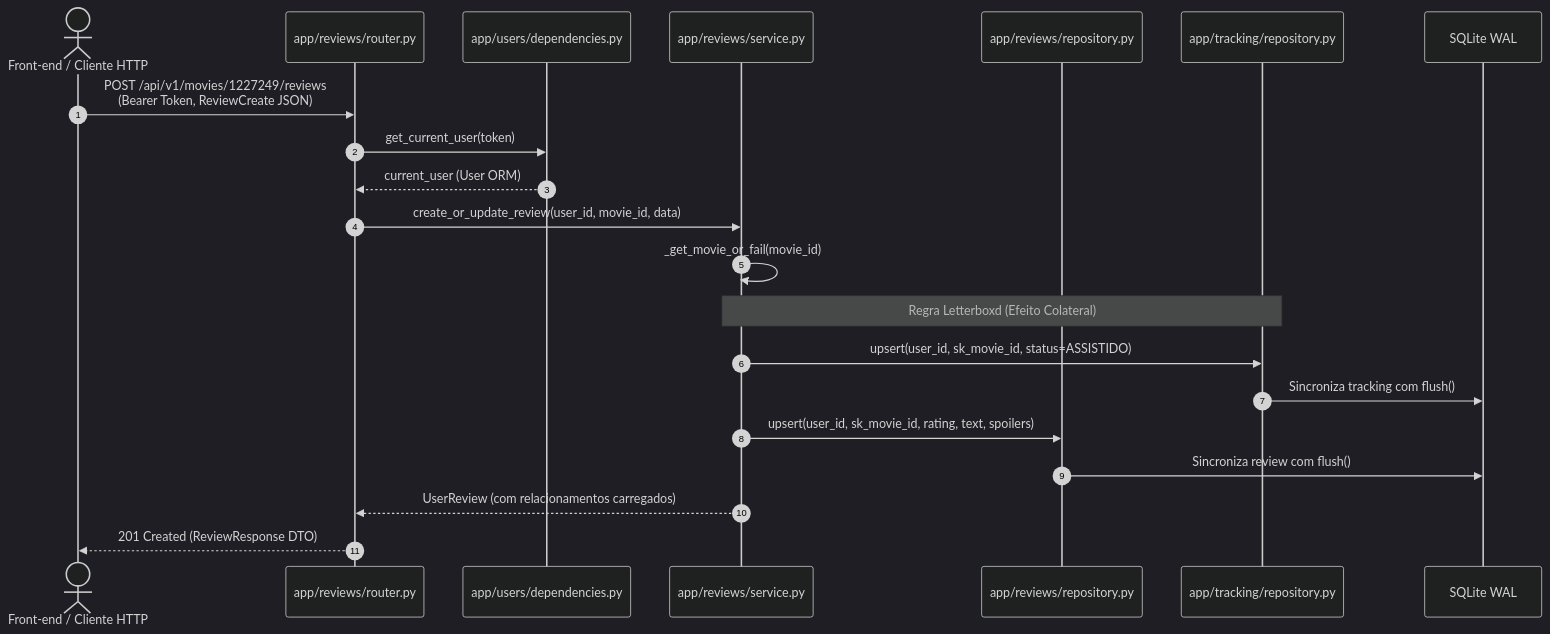
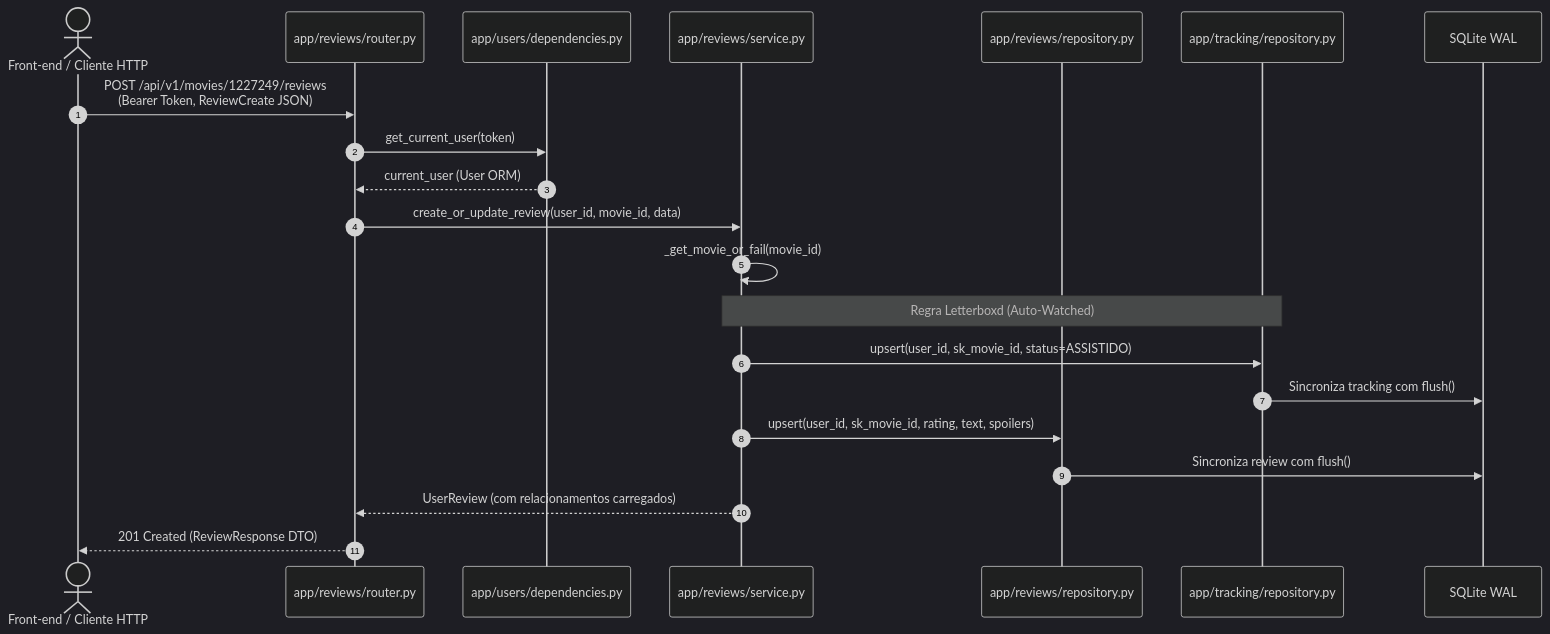
One commit to JpSeveroo/Cinestars changed the diagram in backend/README.md. Above: the diagram before and after it, drawn with Mermaid (dark theme). The commit also changed other lines of this file and 1 other file, not shown here.

````diff
--- a/backend/README.md
+++ b/backend/README.md
@@ -87,24 +87,24 @@
 ```mermaid
 sequenceDiagram
     autonumber
     actor Cliente as Front-end / Cliente HTTP
     participant Router as app/reviews/router.py
     participant Dep as app/users/dependencies.py
     participant Service as app/reviews/service.py
     participant RepoRev as app/reviews/repository.py
     participant RepoTrack as app/tracking/repository.py
     participant DB as SQLite WAL
 
     Cliente->>Router: POST /api/v1/movies/1227249/reviews<br/>(Bearer Token, ReviewCreate JSON)
     Router->>Dep: get_current_user(token)
     Dep-->>Router: current_user (User ORM)
     Router->>Service: create_or_update_review(user_id, movie_id, data)
     Service->>Service: _get_movie_or_fail(movie_id)
-    Note over Service,RepoTrack: Regra Letterboxd (Efeito Colateral)
+    Note over Service,RepoTrack: Regra Letterboxd (Auto-Watched)
     Service->>RepoTrack: upsert(user_id, sk_movie_id, status=ASSISTIDO)
     RepoTrack->>DB: Sincroniza tracking com flush()
     Service->>RepoRev: upsert(user_id, sk_movie_id, rating, text, spoilers)
     RepoRev->>DB: Sincroniza review com flush()
     Service-->>Router: UserReview (com relacionamentos carregados)
     Router-->>Cliente: 201 Created (ReviewResponse DTO)
 ```
````
